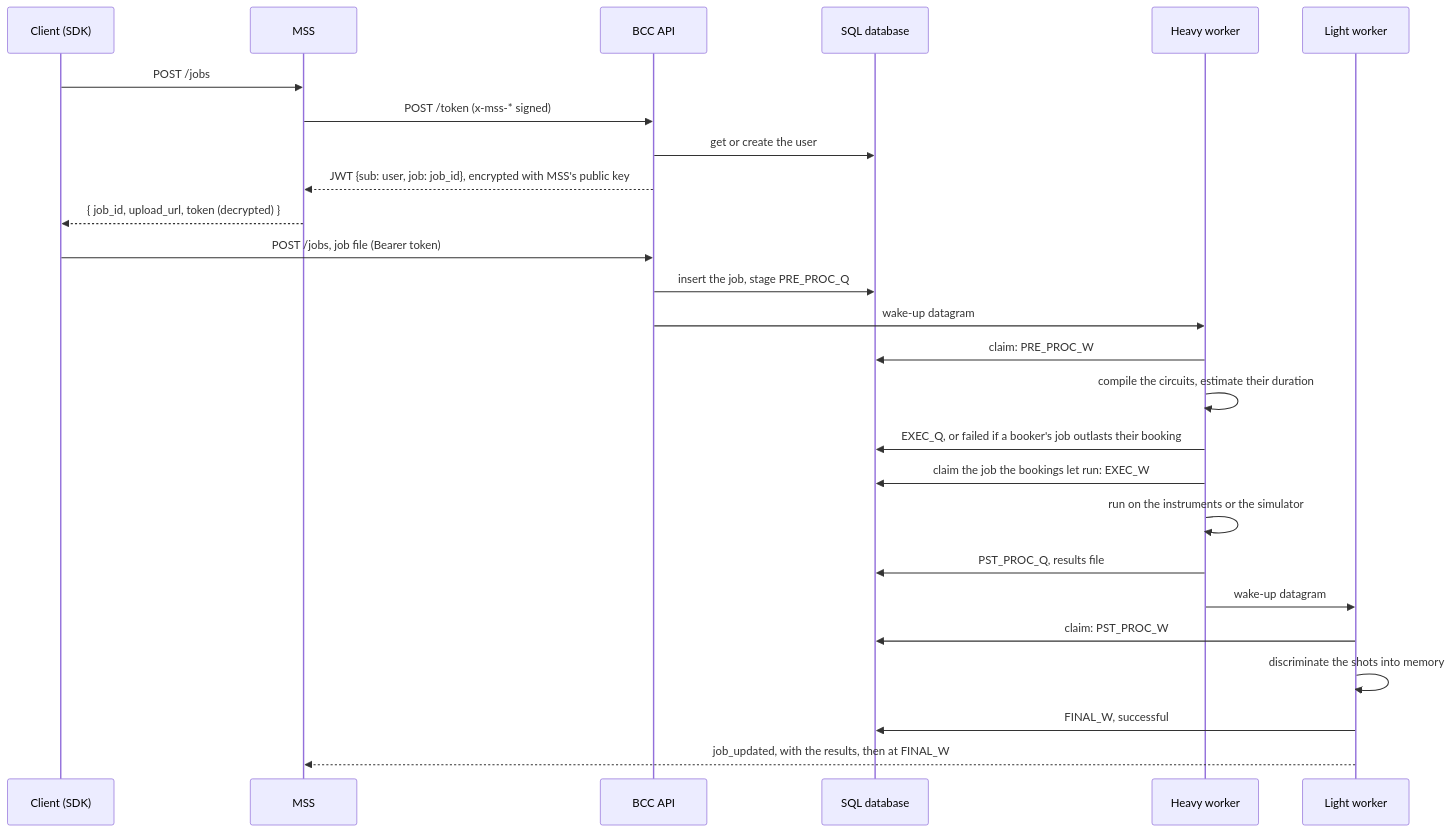
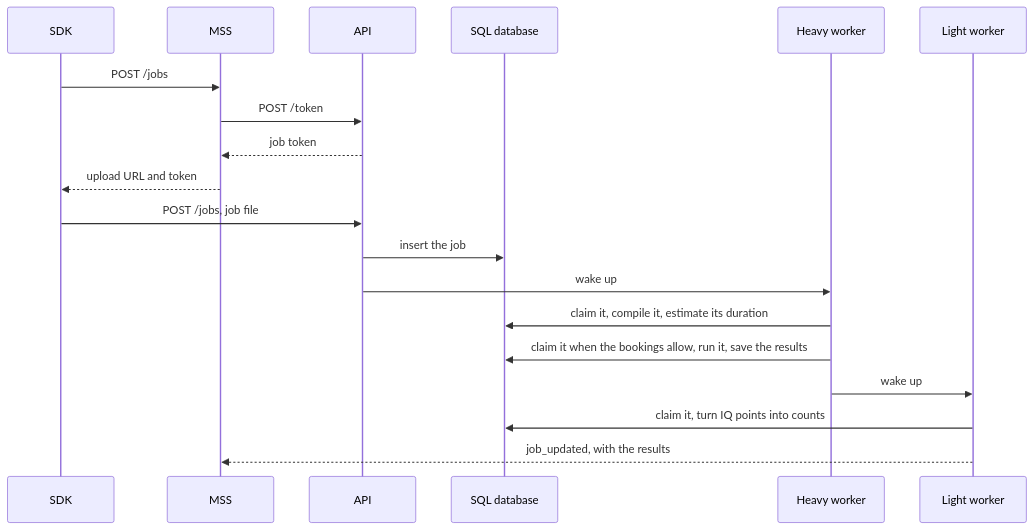
One commit to tergite/tergite-backend changed the second of 2 diagrams in DESIGN.md. Above: the diagram before and after it, drawn with Mermaid. The commit also changed other lines of this file and 9 other files, not shown here.

````diff
--- a/DESIGN.md
+++ b/DESIGN.md
@@ -110,29 +63,22 @@
 ```mermaid
 sequenceDiagram
-    participant C as Client (SDK)
+    participant C as SDK
     participant M as MSS
-    participant A as BCC API
+    participant A as API
     participant D as SQL database
     participant H as Heavy worker
     participant L as Light worker
 
     C->>M: POST /jobs
-    M->>A: POST /token (x-mss-* signed)
-    A->>D: get or create the user
-    A-->>M: JWT {sub: user, job: job_id}, encrypted with MSS's public key
-    M-->>C: { job_id, upload_url, token (decrypted) }
-    C->>A: POST /jobs, job file (Bearer token)
-    A->>D: insert the job, stage PRE_PROC_Q
-    A->>H: wake-up datagram
-    H->>D: claim: PRE_PROC_W
-    H->>H: compile the circuits, estimate their duration
-    H->>D: EXEC_Q, or failed if a booker's job outlasts their booking
-    H->>D: claim the job the bookings let run: EXEC_W
-    H->>H: run on the instruments or the simulator
-    H->>D: PST_PROC_Q, results file
-    H->>L: wake-up datagram
-    L->>D: claim: PST_PROC_W
-    L->>L: discriminate the shots into memory
-    L->>D: FINAL_W, successful
-    L-->>M: job_updated, with the results, then at FINAL_W
+    M->>A: POST /token
+    A-->>M: job token
+    M-->>C: upload URL and token
+    C->>A: POST /jobs, job file
+    A->>D: insert the job
+    A->>H: wake up
+    H->>D: claim it, compile it, estimate its duration
+    H->>D: claim it when the bookings allow, run it, save the results
+    H->>L: wake up
+    L->>D: claim it, turn IQ points into counts
+    L-->>M: job_updated, with the results
 ```
````
